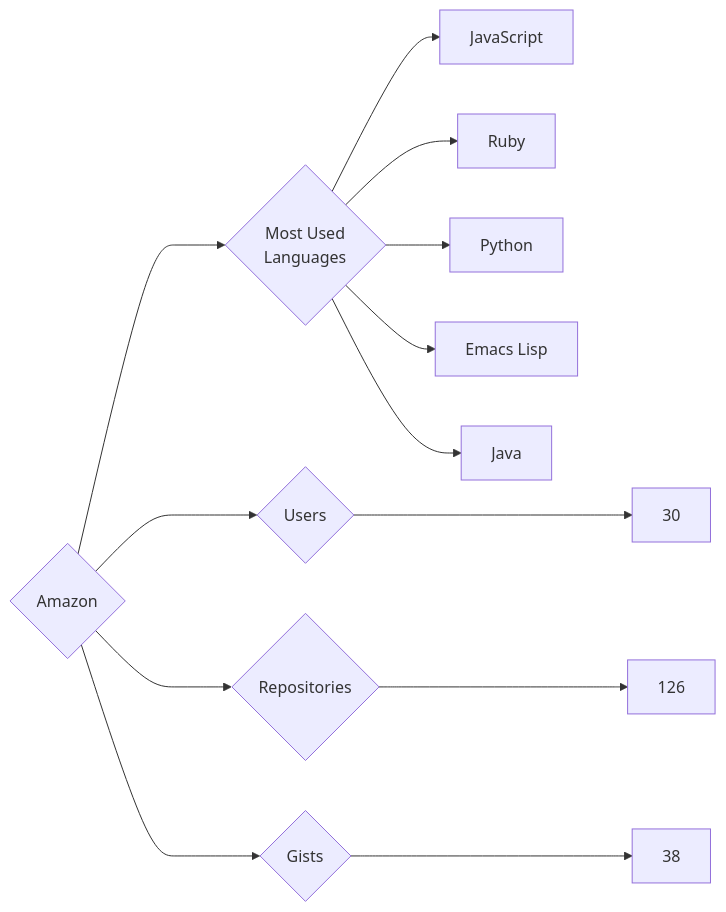
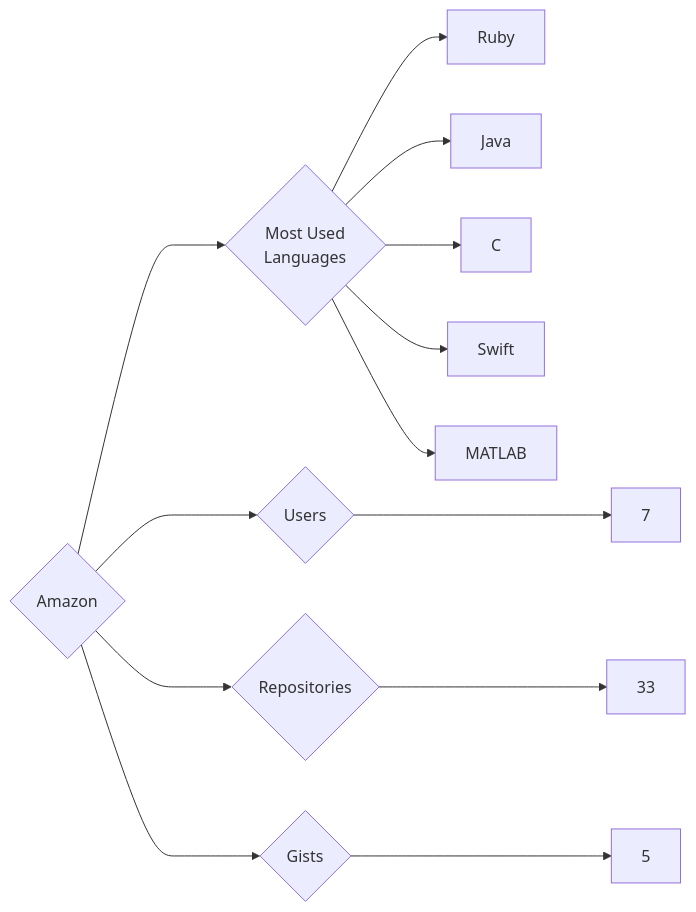
One commit to trickest/insiders changed the diagram in targets/Amazon/README.md. Above: the diagram before and after it, drawn with Mermaid. The commit also changed 720 other files, not shown here.

````diff
--- a/targets/Amazon/README.md
+++ b/targets/Amazon/README.md
@@ -3,13 +3,13 @@
 ```mermaid
 graph LR
 COMPANY_NAME{Amazon}
-COMPANY_NAME ---> U{Users} ---> UN[30]
-COMPANY_NAME ---> R{Repositories} ---> RN[126]
-COMPANY_NAME ---> G{Gists} ---> GN[38]
+COMPANY_NAME ---> U{Users} ---> UN[7]
+COMPANY_NAME ---> R{Repositories} ---> RN[33]
+COMPANY_NAME ---> G{Gists} ---> GN[5]
 COMPANY_NAME ---> ML{Most Used<br>Languages}
-ML --> JavaScript[JavaScript]
 ML --> Ruby[Ruby]
-ML --> Python[Python]
-ML --> Emacs_Lisp[Emacs Lisp]
 ML --> Java[Java]
+ML --> C[C]
+ML --> Swift[Swift]
+ML --> MATLAB[MATLAB]
 ```
````
